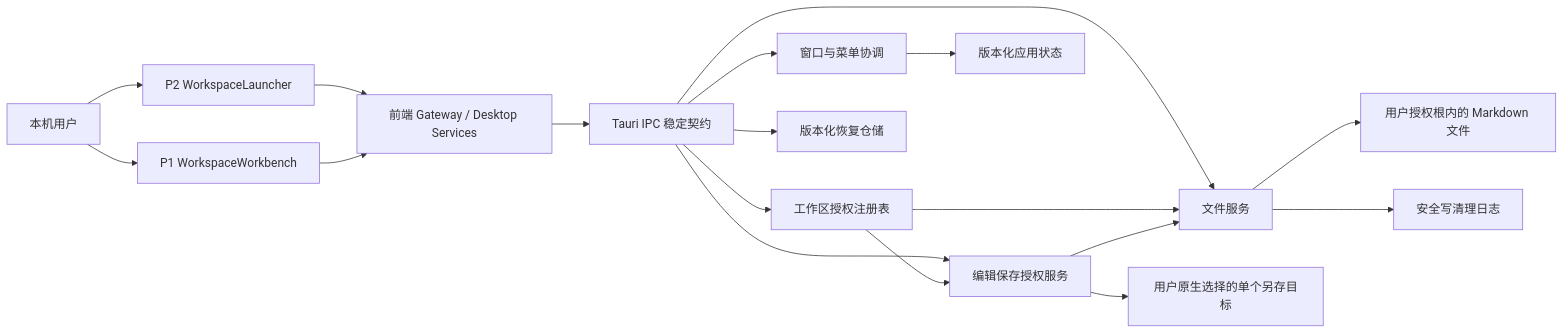
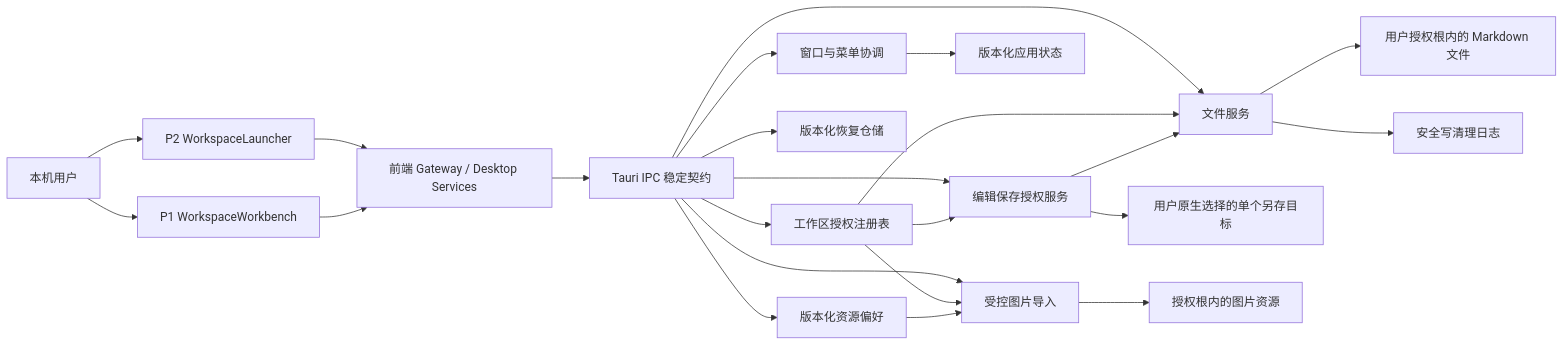
The diagram in agent-works/markdown-editor-desktop/architecture/desktop-foundation.md (fulin-peng-ydxs/ai-markdown), drawn with Mermaid before and after one commit. The commit also changed other lines of this file and 15 other files, not shown here.

First line of the commit message:
Agent 新增(图片资源): 完成工作区资源偏好与受控导入契约

````diff
--- a/agent-works/markdown-editor-desktop/architecture/desktop-foundation.md
+++ b/agent-works/markdown-editor-desktop/architecture/desktop-foundation.md
@@ -11,20 +11,25 @@
 ```mermaid
 flowchart LR
     U["本机用户"] --> P2["P2 WorkspaceLauncher"]
     U --> P1["P1 WorkspaceWorkbench"]
     P2 --> G["前端 Gateway / Desktop Services"]
     P1 --> G
     G --> IPC["Tauri IPC 稳定契约"]
     IPC --> W["窗口与菜单协调"]
     IPC --> A["工作区授权注册表"]
     IPC --> F["文件服务"]
     IPC --> E["编辑保存授权服务"]
     W --> S["版本化应用状态"]
     IPC --> R["版本化恢复仓储"]
+    IPC --> P["版本化资源偏好"]
+    IPC --> I["受控图片导入"]
     A --> F
     A --> E
+    A --> I
     E --> F
+    P --> I
     F --> M["用户授权根内的 Markdown 文件"]
     E --> C["用户原生选择的单个另存目标"]
+    I --> B["授权根内的图片资源"]
     F --> J["安全写清理日志"]
 ```
````
